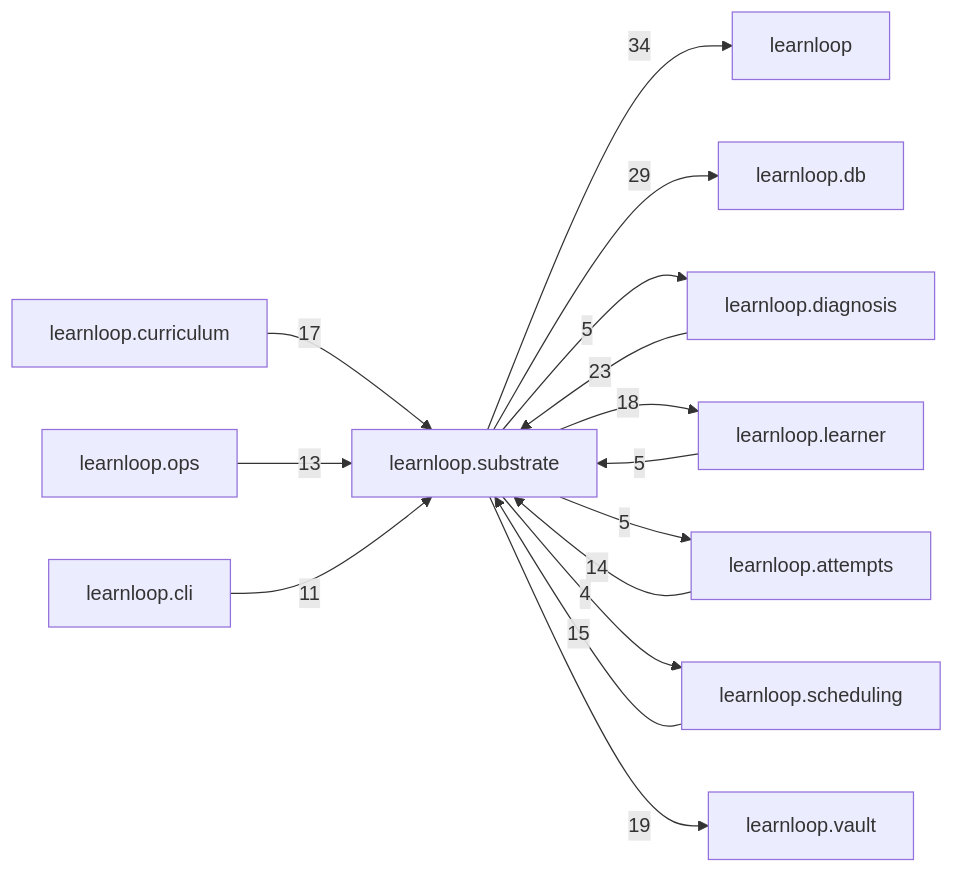
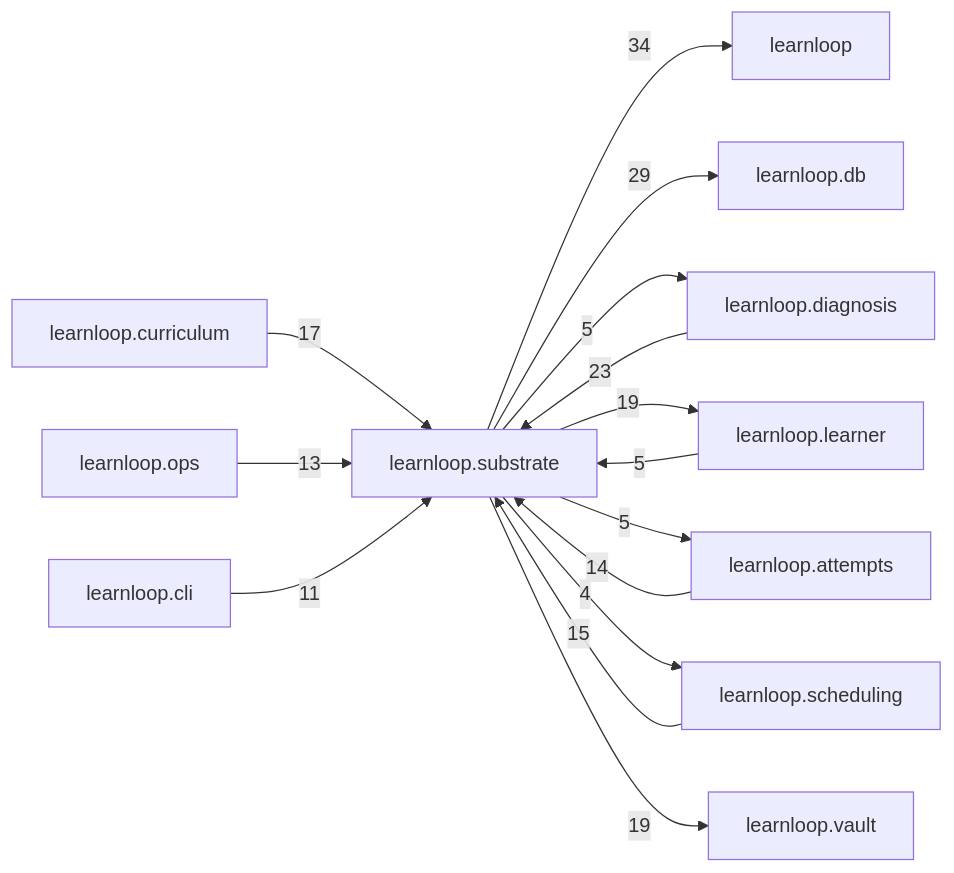
The diagram in docs/learnloop-architecture-vault/Reference/Modules/learnloop/substrate/_package.md (6up-b/learnanything), drawn with Mermaid before and after one commit. The commit also changed other lines of this file and 76 other files, not shown here.

````diff
--- a/docs/learnloop-architecture-vault/Reference/Modules/learnloop/substrate/_package.md
+++ b/docs/learnloop-architecture-vault/Reference/Modules/learnloop/substrate/_package.md
@@ -166,28 +166,28 @@
 ```mermaid
 flowchart LR
     center["learnloop.substrate"]
     n_learnloop["learnloop"]
     n_learnloop_db["learnloop.db"]
     n_learnloop_diagnosis["learnloop.diagnosis"]
     n_learnloop_learner["learnloop.learner"]
     n_learnloop_attempts["learnloop.attempts"]
     n_learnloop_scheduling["learnloop.scheduling"]
     n_learnloop_vault["learnloop.vault"]
     n_learnloop_curriculum["learnloop.curriculum"]
     n_learnloop_ops["learnloop.ops"]
     n_learnloop_cli["learnloop.cli"]
     center -->|34| n_learnloop
     center -->|29| n_learnloop_db
     n_learnloop_diagnosis -->|23| center
     center -->|5| n_learnloop_diagnosis
     n_learnloop_learner -->|5| center
-    center -->|18| n_learnloop_learner
+    center -->|19| n_learnloop_learner
     n_learnloop_attempts -->|14| center
     center -->|5| n_learnloop_attempts
     n_learnloop_scheduling -->|15| center
     center -->|4| n_learnloop_scheduling
     center -->|19| n_learnloop_vault
     n_learnloop_curriculum -->|17| center
     n_learnloop_ops -->|13| center
     n_learnloop_cli -->|11| center
 ```
````
